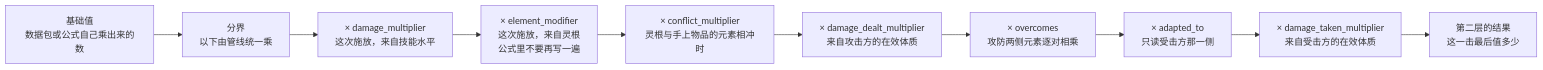
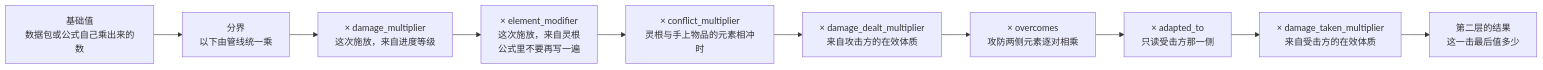
One commit to IAFEnvoy/mxt-docs changed the second of 2 diagrams in docs/technical/damage.md. Above: the diagram before and after it, drawn with Mermaid. The commit also changed other lines of this file and 87 other files, not shown here.

````diff
--- a/docs/technical/damage.md
+++ b/docs/technical/damage.md
@@ -69,12 +69,12 @@
 ```mermaid
 flowchart LR
     BASE["基础值<br/>数据包或公式自己乘出来的数"] --> SPLIT["分界<br/>以下由管线统一乘"]
-    SPLIT --> MULT["× damage_multiplier<br/>这次施放，来自技能水平"]
+    SPLIT --> MULT["× damage_multiplier<br/>这次施放，来自进度等级"]
     MULT --> ELEM["× element_modifier<br/>这次施放，来自灵根<br/>公式里不要再写一遍"]
     ELEM --> CONFLICT["× conflict_multiplier<br/>灵根与手上物品的元素相冲时"]
     CONFLICT --> DEALT["× damage_dealt_multiplier<br/>来自攻击方的在效体质"]
     DEALT --> OVER["× overcomes<br/>攻防两侧元素逐对相乘"]
     OVER --> ADAPT["× adapted_to<br/>只读受击方那一侧"]
     ADAPT --> TAKEN["× damage_taken_multiplier<br/>来自受击方的在效体质"]
     TAKEN --> DONE["第二层的结果<br/>这一击最后值多少"]
 ```
````
